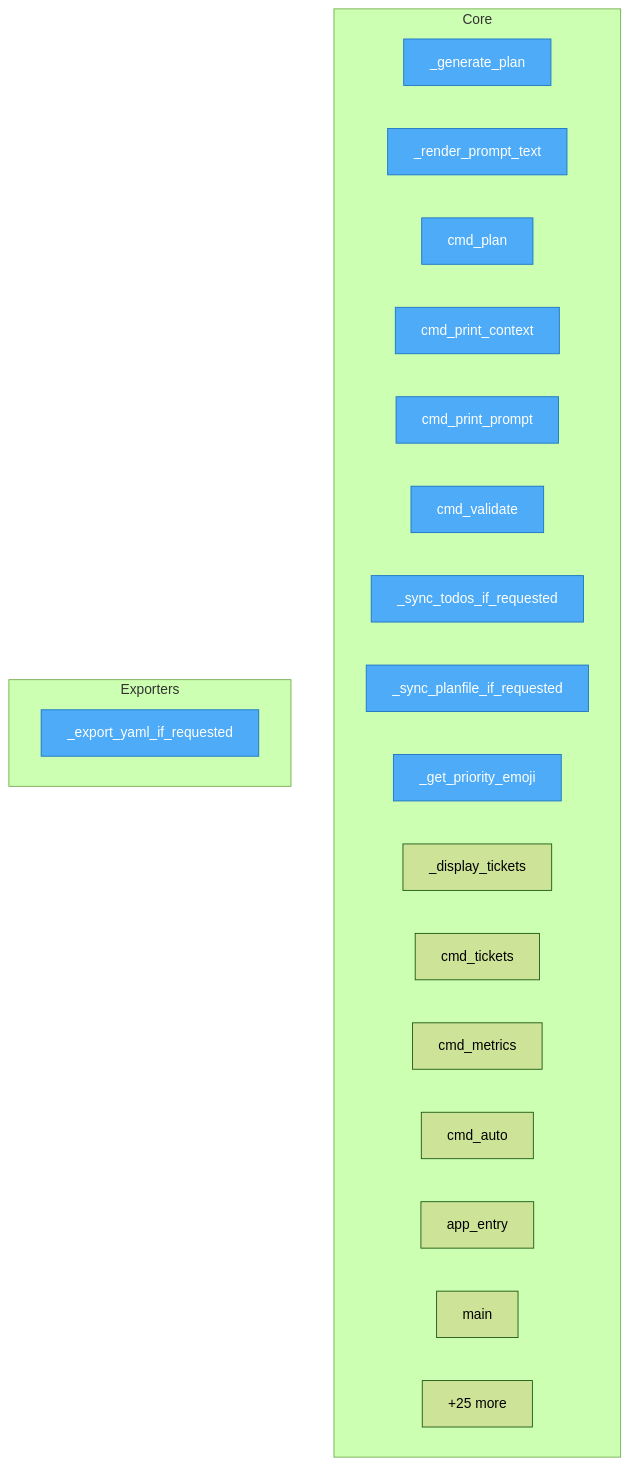
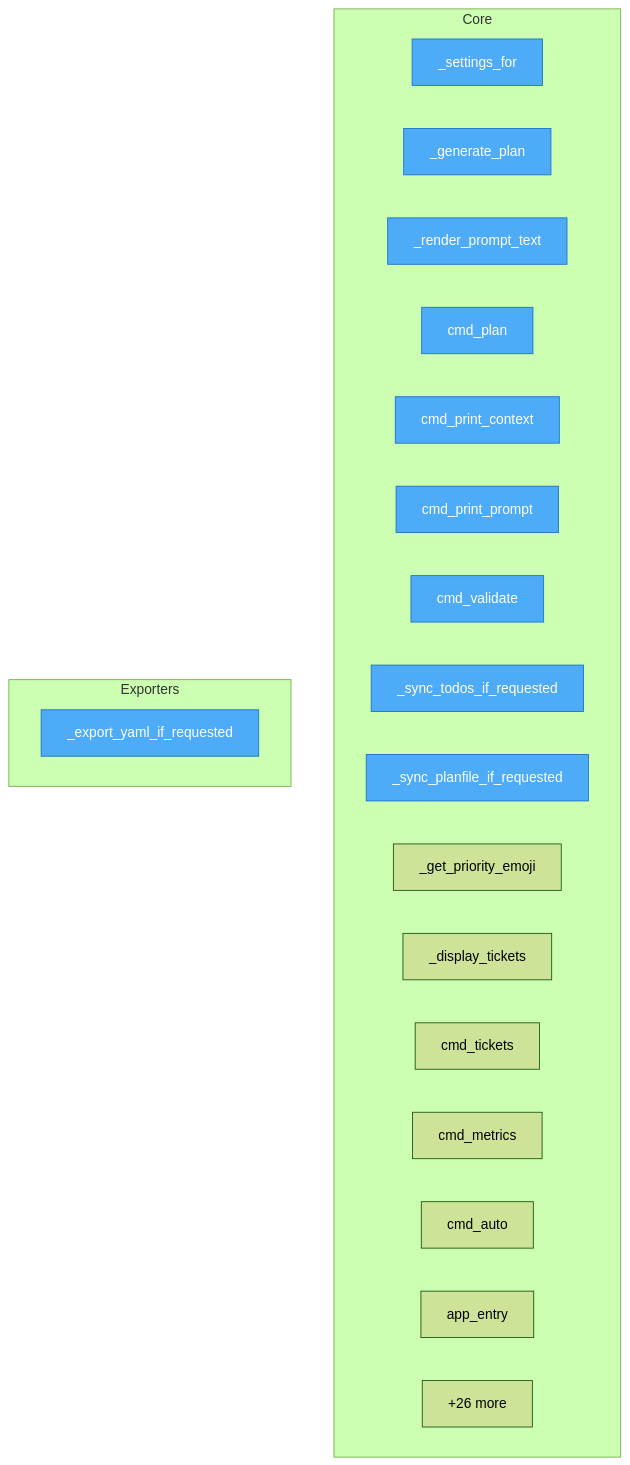
The diagram in project/flow.mmd (semcod/nxdo), drawn with Mermaid (forest theme) before and after one commit. The commit also changed 17 other files, not shown here.

```diff
--- a/project/flow.mmd
+++ b/project/flow.mmd
@@ -1,30 +1,30 @@
 flowchart TD
 %% generated in 0.00s
 
     %% Entry points (blue)
     classDef entry fill:#4dabf7,stroke:#1971c2,color:#fff
 
     subgraph Core
+        src__nxdo__cli___settings_for["_settings_for"]
         src__nxdo__cli___generate_plan["_generate_plan"]
         src__nxdo__cli___render_prompt_text["_render_prompt_text"]
         src__nxdo__cli__cmd_plan["cmd_plan"]
         src__nxdo__cli__cmd_print_context["cmd_print_context"]
         src__nxdo__cli__cmd_print_prompt["cmd_print_prompt"]
         src__nxdo__cli__cmd_validate["cmd_validate"]
         src__nxdo__cli___sync_todos_if_requested["_sync_todos_if_requested"]
         src__nxdo__cli___sync_planfile_if_requested["_sync_planfile_if_requested"]
         src__nxdo__cli___get_priority_emoji["_get_priority_emoji"]
         src__nxdo__cli___display_tickets["_display_tickets"]
         src__nxdo__cli__cmd_tickets["cmd_tickets"]
         src__nxdo__cli__cmd_metrics["cmd_metrics"]
         src__nxdo__cli__cmd_auto["cmd_auto"]
         src__nxdo__cli__app_entry["app_entry"]
-        src__nxdo__cli__main["main"]
-        ...["+25 more"]
+        ...["+26 more"]
     end
 
     subgraph Exporters
         src__nxdo__cli___export_yaml_if_requested["_export_yaml_if_requested"]
     end
 
-    class src__nxdo__cli___generate_plan,src__nxdo__cli___render_prompt_text,src__nxdo__cli__cmd_plan,src__nxdo__cli__cmd_print_context,src__nxdo__cli__cmd_print_prompt,src__nxdo__cli__cmd_validate,src__nxdo__cli___sync_todos_if_requested,src__nxdo__cli___sync_planfile_if_requested,src__nxdo__cli___export_yaml_if_requested,src__nxdo__cli___get_priority_emoji entry
+    class src__nxdo__cli___settings_for,src__nxdo__cli___generate_plan,src__nxdo__cli___render_prompt_text,src__nxdo__cli__cmd_plan,src__nxdo__cli__cmd_print_context,src__nxdo__cli__cmd_print_prompt,src__nxdo__cli__cmd_validate,src__nxdo__cli___sync_todos_if_requested,src__nxdo__cli___sync_planfile_if_requested,src__nxdo__cli___export_yaml_if_requested entry
```
